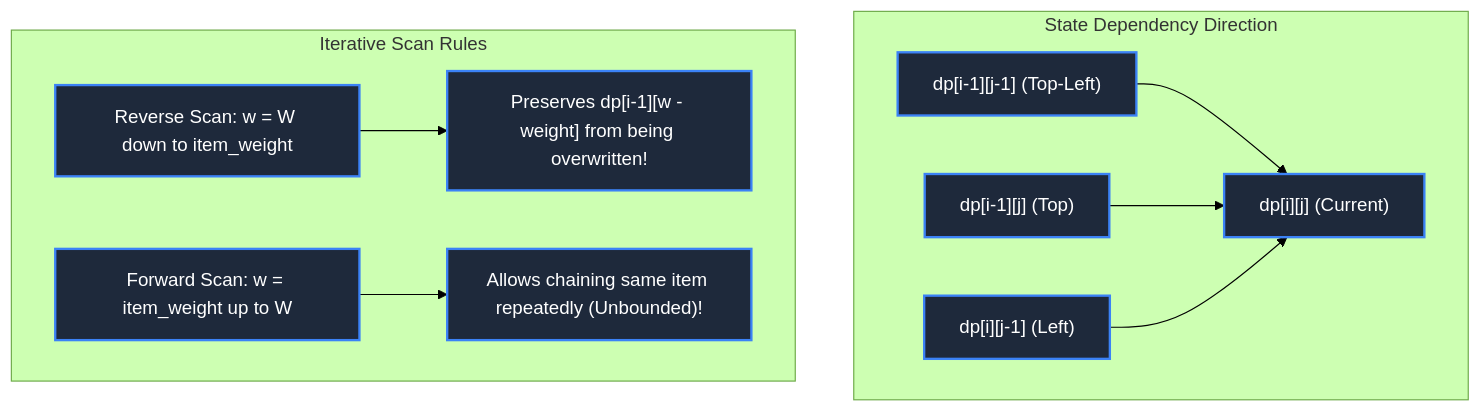
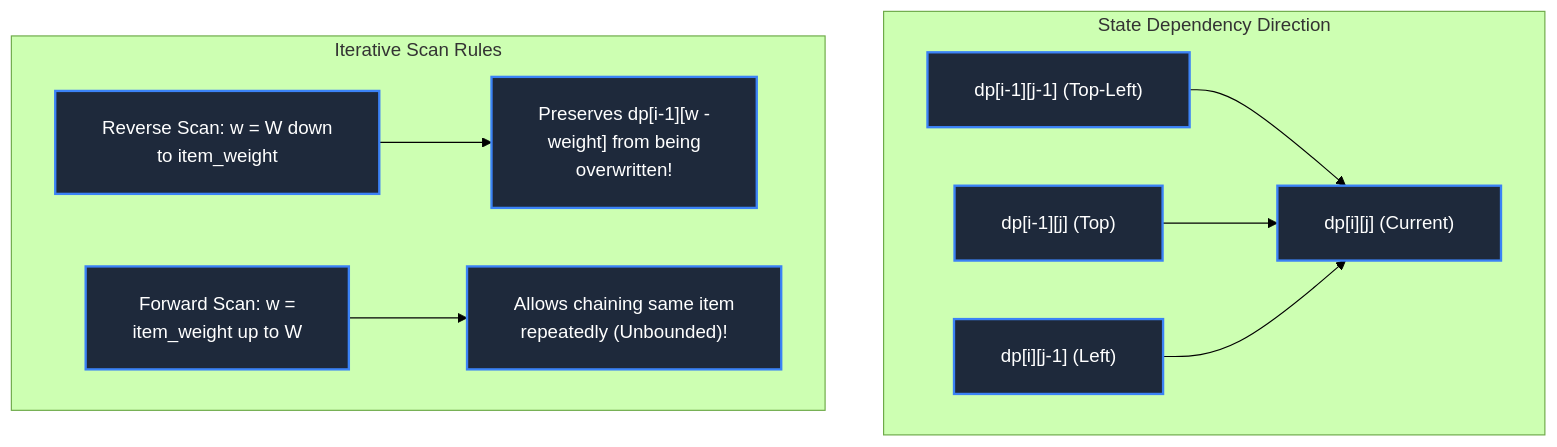
The diagram in week_11_dp_ii_advanced/Week_11_Day_04_State_Compression_And_Optimizations_Instructional.md (dip4k/DSA_102), drawn with Mermaid (forest theme) before and after one commit. The commit also changed 108 other files, not shown here.

First line of the commit message:
fix(mermaid): resolve diagram clipping, padding, and syntax issues across repo

````diff
--- a/week_11_dp_ii_advanced/Week_11_Day_04_State_Compression_And_Optimizations_Instructional.md
+++ b/week_11_dp_ii_advanced/Week_11_Day_04_State_Compression_And_Optimizations_Instructional.md
@@ -86,16 +86,17 @@
 ```mermaid
+%%{init: {"flowchart": {"htmlLabels": true, "padding": 20}}}%%
 flowchart TD
     subgraph DependencyPattern["State Dependency Direction"]
         TL["dp[i-1][j-1] (Top-Left)"] --> Target["dp[i][j] (Current)"]
         T["dp[i-1][j] (Top)"] --> Target
         L["dp[i][j-1] (Left)"] --> Target
     end
 
     subgraph IterationDirection["Iterative Scan Rules"]
-        Back["Reverse Scan: w = W down to item_weight"] --> Keep["Preserves dp[i-1][w - weight] from being overwritten!"]
-        Forw["Forward Scan: w = item_weight up to W"] --> Reuse["Allows chaining same item repeatedly (Unbounded)!"]
+        Back["Reverse Scan: w = W down<br/>to item_weight"] --> Keep["Preserves dp[i-1][w -<br/>weight] from being<br/>overwritten!"]
+        Forw["Forward Scan: w =<br/>item_weight up to W"] --> Reuse["Allows chaining same item<br/>repeatedly (Unbounded)!"]
     end
 
     classDef default fill:#1e293b,stroke:#3b82f6,stroke-width:2px,color:#ffffff
     classDef highlight fill:#0d47a1,stroke:#82b1ff,stroke-width:2px,color:#ffffff
 ```
````
